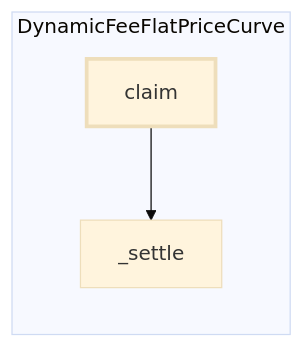
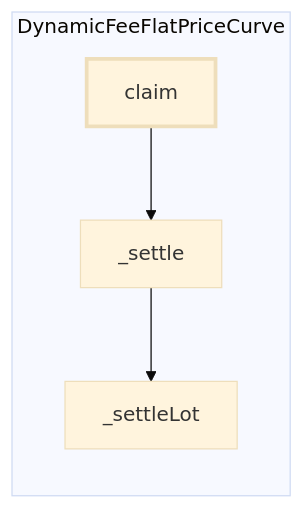
The diagram in docs/call-flows/generated/curve-claim.md (0xIntuition/intuition-contracts-v2), drawn with Mermaid (base theme) before and after one commit. The commit also changed other lines of this file and 26 other files, not shown here.

Commit message:
fix: per-lot position accounting and an occupancy-weighted fee spread on the dynamic-fee curve (5.1, 5.3)

````diff
--- a/docs/call-flows/generated/curve-claim.md
+++ b/docs/call-flows/generated/curve-claim.md
@@ -11,9 +11,11 @@
 ```mermaid
 flowchart LR
   subgraph DynamicFeeFlatPriceCurve["DynamicFeeFlatPriceCurve"]
     DynamicFeeFlatPriceCurve__settle["_settle"]
+    DynamicFeeFlatPriceCurve__settleLot["_settleLot"]
     DynamicFeeFlatPriceCurve_claim["claim"]
   end
   DynamicFeeFlatPriceCurve_claim --> DynamicFeeFlatPriceCurve__settle
+  DynamicFeeFlatPriceCurve__settle --> DynamicFeeFlatPriceCurve__settleLot
   style DynamicFeeFlatPriceCurve_claim stroke-width:3px
 ```
````
